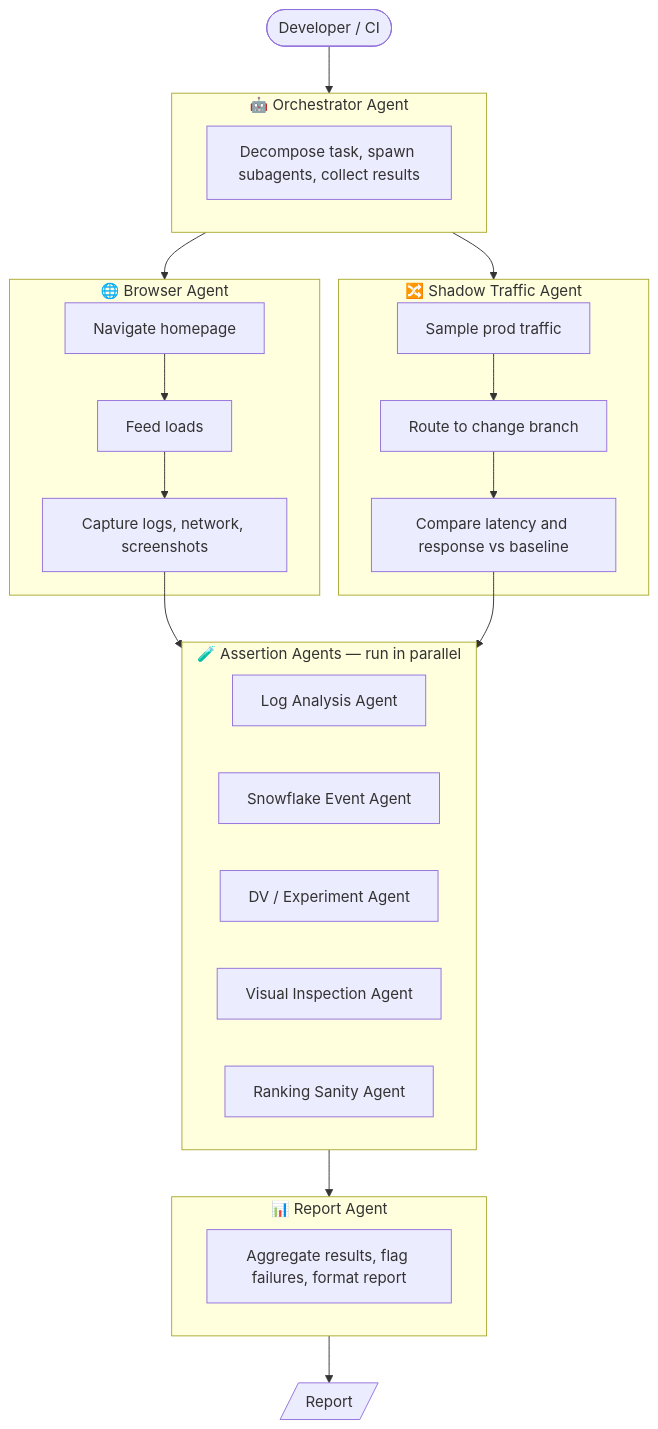
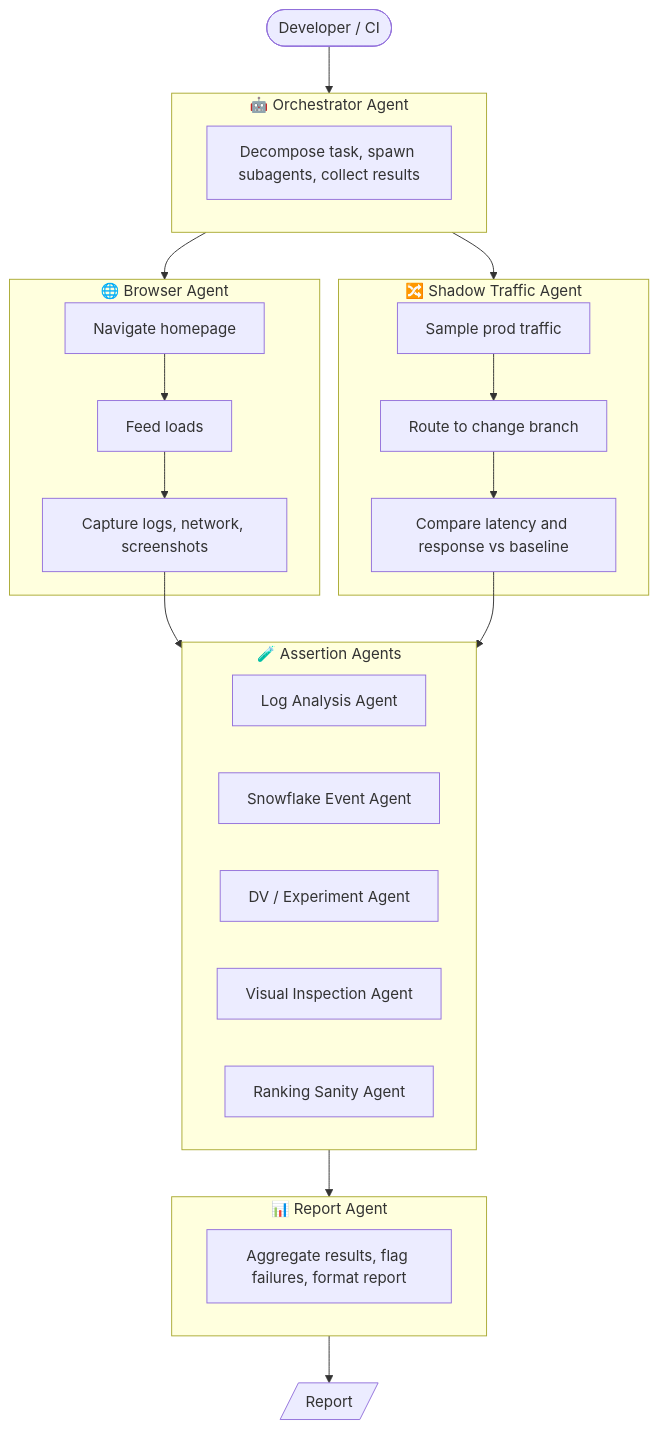
Before and after one commit to daniel-fonyo/dd-brain: the first of 3 diagrams in sandbox-e2e-testing/1-pager.md, drawn with Mermaid.

Commit message:
Shorten assertion agents subgraph label to prevent cutoff

````diff
--- a/sandbox-e2e-testing/1-pager.md
+++ b/sandbox-e2e-testing/1-pager.md
@@ -9,38 +9,38 @@
 ```mermaid
 flowchart TD
     A([Developer / CI]) --> Orch
 
     subgraph Orch["🤖 Orchestrator Agent"]
         O1[Decompose task, spawn subagents, collect results]
     end
 
     Orch --> BA
     Orch --> STA
 
     subgraph BA["🌐 Browser Agent"]
         B1[Navigate homepage] --> B2[Feed loads] --> B3[Capture logs, network, screenshots]
     end
 
     subgraph STA["🔀 Shadow Traffic Agent"]
         S1[Sample prod traffic] --> S2[Route to change branch] --> S3[Compare latency and response vs baseline]
     end
 
     B3 --> AA
     S3 --> AA
 
-    subgraph AA["🧪 Assertion Agents — run in parallel"]
+    subgraph AA["🧪 Assertion Agents"]
         AA1[Log Analysis Agent]
         AA2[Snowflake Event Agent]
         AA3[DV / Experiment Agent]
         AA4[Visual Inspection Agent]
         AA5[Ranking Sanity Agent]
     end
 
     AA --> RA
 
     subgraph RA["📊 Report Agent"]
         R1[Aggregate results, flag failures, format report]
     end
 
     RA --> Z[/Report/]
 ```
````
